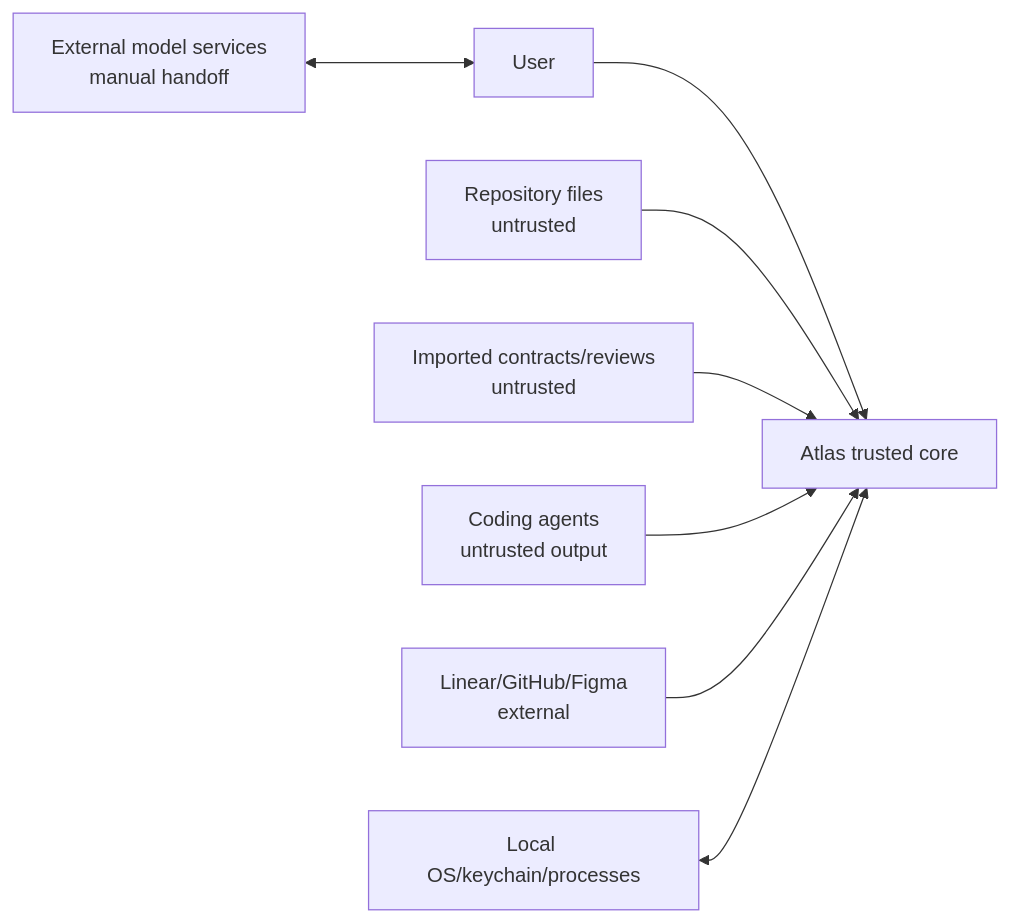
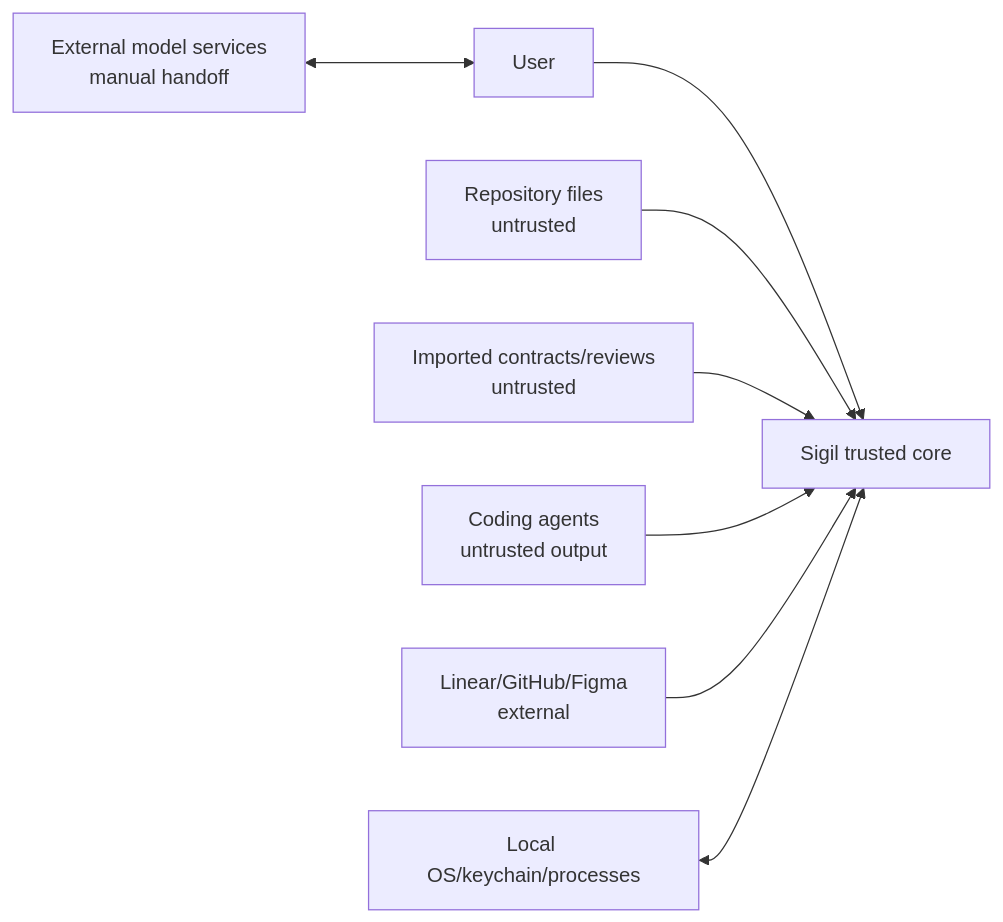
The diagram in DOCs/M0_Engineering_Design/09_security_threat_model.md (odeh-simon/atlas-cli), drawn with Mermaid before and after one commit. The commit also changed other lines of this file and 196 other files, not shown here.

Commit message:
Rename project from Atlas to Sigil (#8)

````diff
--- a/DOCs/M0_Engineering_Design/09_security_threat_model.md
+++ b/DOCs/M0_Engineering_Design/09_security_threat_model.md
@@ -5,10 +5,10 @@
 ```mermaid
 flowchart LR
-    User["User"] --> Atlas["Atlas trusted core"]
-    Repo["Repository files\nuntrusted"] --> Atlas
-    Imports["Imported contracts/reviews\nuntrusted"] --> Atlas
-    Agents["Coding agents\nuntrusted output"] --> Atlas
-    SaaS["Linear/GitHub/Figma\nexternal"] --> Atlas
-    OS["Local OS/keychain/processes"] <--> Atlas
+    User["User"] --> Sigil["Sigil trusted core"]
+    Repo["Repository files\nuntrusted"] --> Sigil
+    Imports["Imported contracts/reviews\nuntrusted"] --> Sigil
+    Agents["Coding agents\nuntrusted output"] --> Sigil
+    SaaS["Linear/GitHub/Figma\nexternal"] --> Sigil
+    OS["Local OS/keychain/processes"] <--> Sigil
     Models["External model services\nmanual handoff"] <--> User
 ```
````
